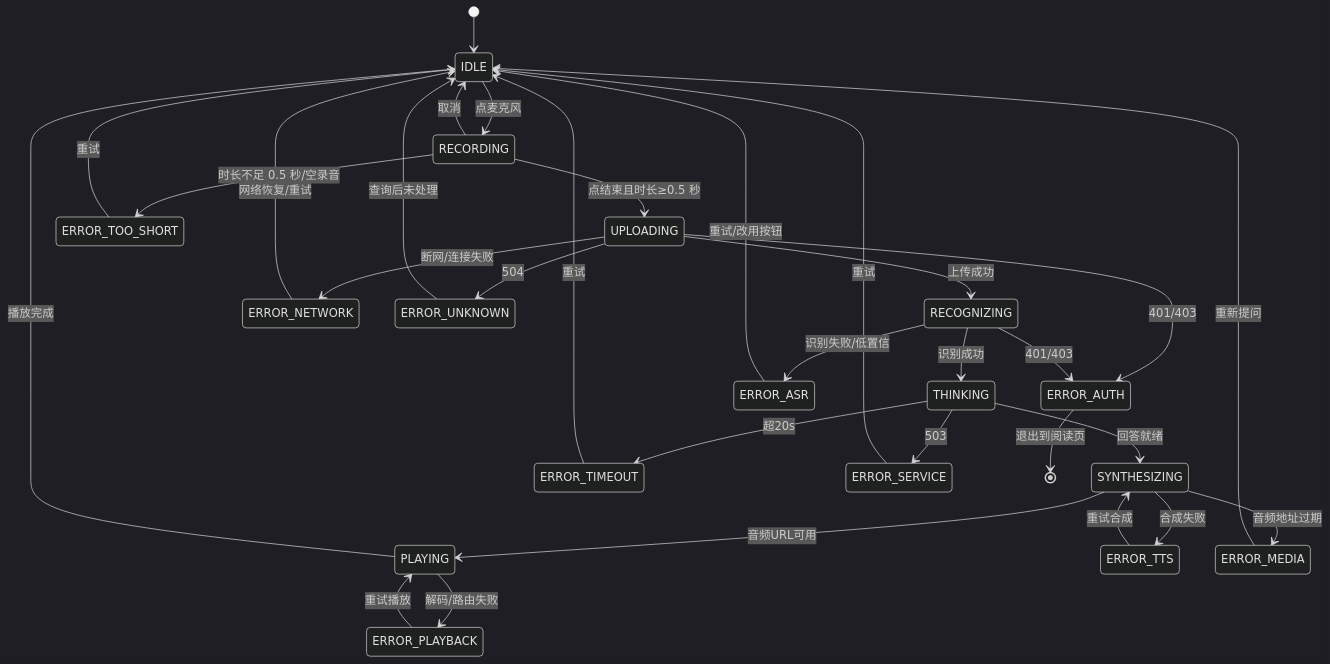
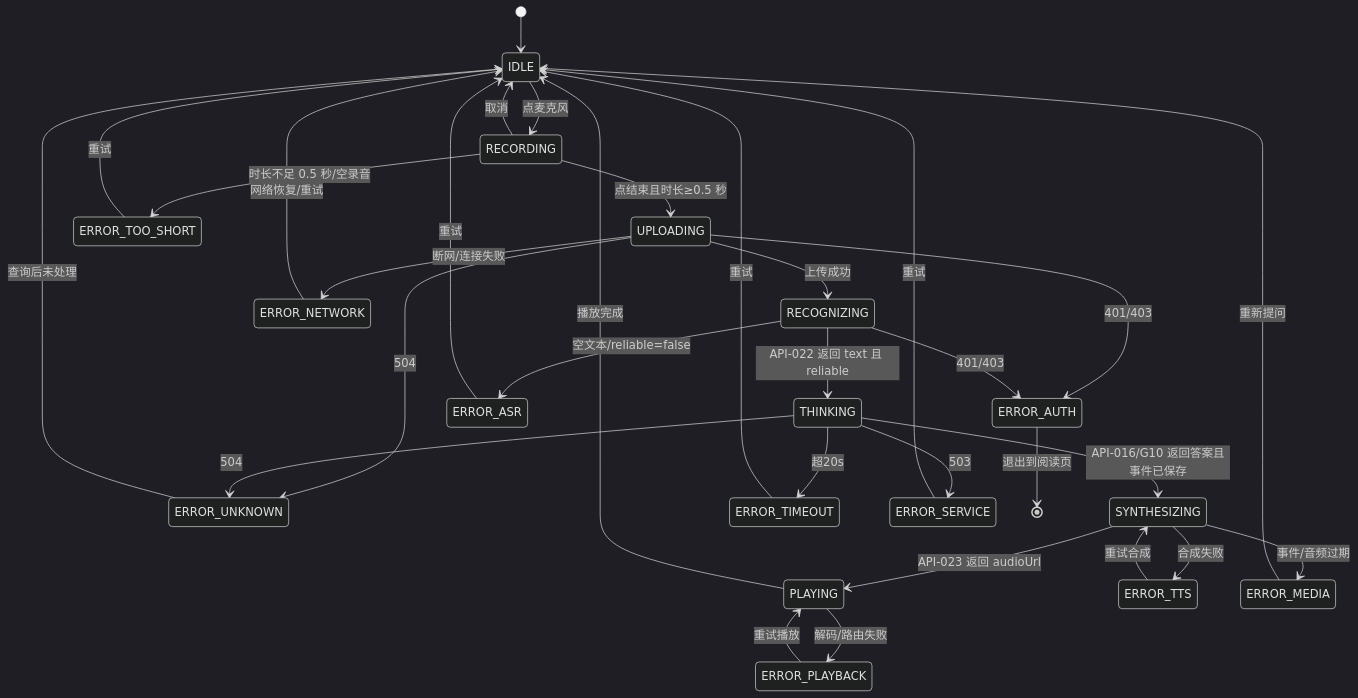
Before and after one commit to MumLauds/202610-zhiya: the second of 2 diagrams in hardware/docs/ui-flow.md, drawn with Mermaid (dark theme). The commit also changed other lines of this file, not shown here.

````diff
--- a/hardware/docs/ui-flow.md
+++ b/hardware/docs/ui-flow.md
@@ -851,33 +877,34 @@
 ```mermaid
 stateDiagram-v2
   [*] --> IDLE
   IDLE --> RECORDING: 点麦克风
   RECORDING --> UPLOADING: 点结束且时长≥0.5 秒
   RECORDING --> ERROR_TOO_SHORT: 时长不足 0.5 秒/空录音
   RECORDING --> IDLE: 取消
   UPLOADING --> RECOGNIZING: 上传成功
   UPLOADING --> ERROR_NETWORK: 断网/连接失败
   UPLOADING --> ERROR_UNKNOWN: 504
   UPLOADING --> ERROR_AUTH: 401/403
-  RECOGNIZING --> THINKING: 识别成功
-  RECOGNIZING --> ERROR_ASR: 识别失败/低置信
+  RECOGNIZING --> THINKING: API-022 返回 text 且 reliable
+  RECOGNIZING --> ERROR_ASR: 空文本/reliable=false
   RECOGNIZING --> ERROR_AUTH: 401/403
-  THINKING --> SYNTHESIZING: 回答就绪
+  THINKING --> SYNTHESIZING: API-016/G10 返回答案且事件已保存
   THINKING --> ERROR_TIMEOUT: 超20s
   THINKING --> ERROR_SERVICE: 503
-  SYNTHESIZING --> PLAYING: 音频URL可用
+  THINKING --> ERROR_UNKNOWN: 504
+  SYNTHESIZING --> PLAYING: API-023 返回 audioUrl
   SYNTHESIZING --> ERROR_TTS: 合成失败
-  SYNTHESIZING --> ERROR_MEDIA: 音频地址过期
+  SYNTHESIZING --> ERROR_MEDIA: 事件/音频过期
   PLAYING --> IDLE: 播放完成
   PLAYING --> ERROR_PLAYBACK: 解码/路由失败
   ERROR_TOO_SHORT --> IDLE: 重试
-  ERROR_ASR --> IDLE: 重试/改用按钮
+  ERROR_ASR --> IDLE: 重试
   ERROR_NETWORK --> IDLE: 网络恢复/重试
   ERROR_TIMEOUT --> IDLE: 重试
   ERROR_SERVICE --> IDLE: 重试
   ERROR_TTS --> SYNTHESIZING: 重试合成
   ERROR_MEDIA --> IDLE: 重新提问
   ERROR_PLAYBACK --> PLAYING: 重试播放
   ERROR_UNKNOWN --> IDLE: 查询后未处理
   ERROR_AUTH --> [*]: 退出到阅读页
 ```
````
